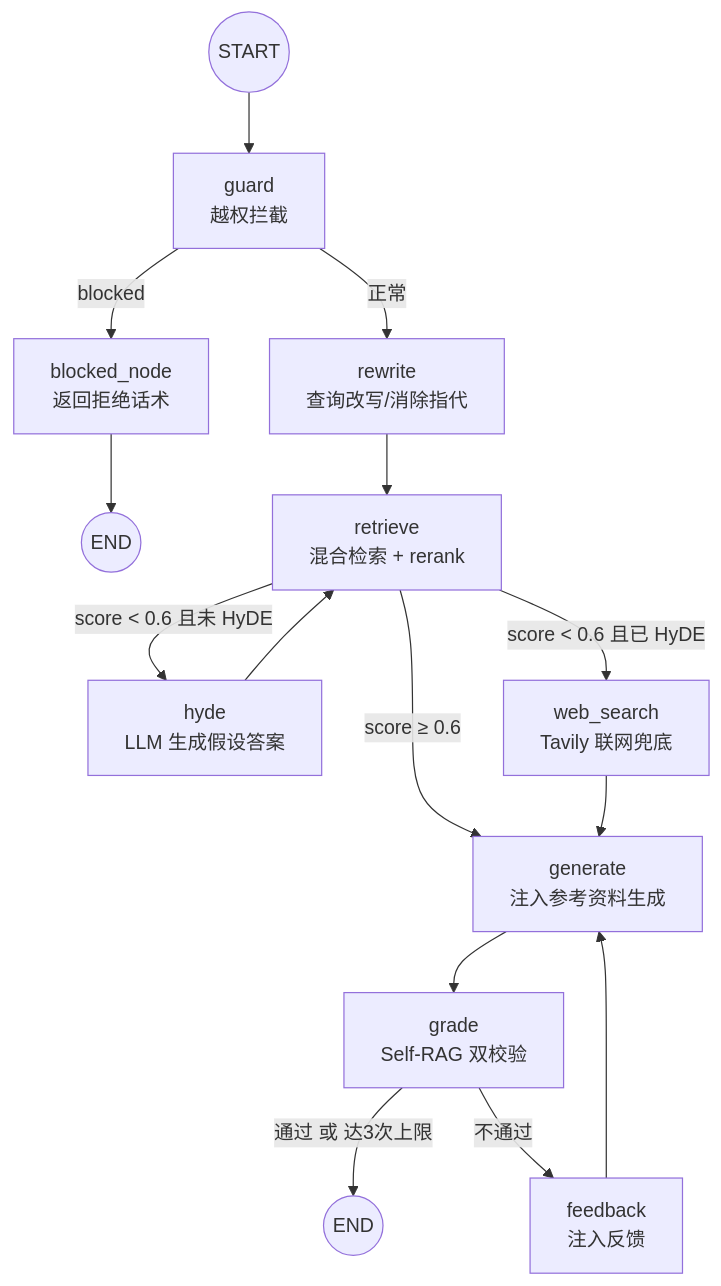
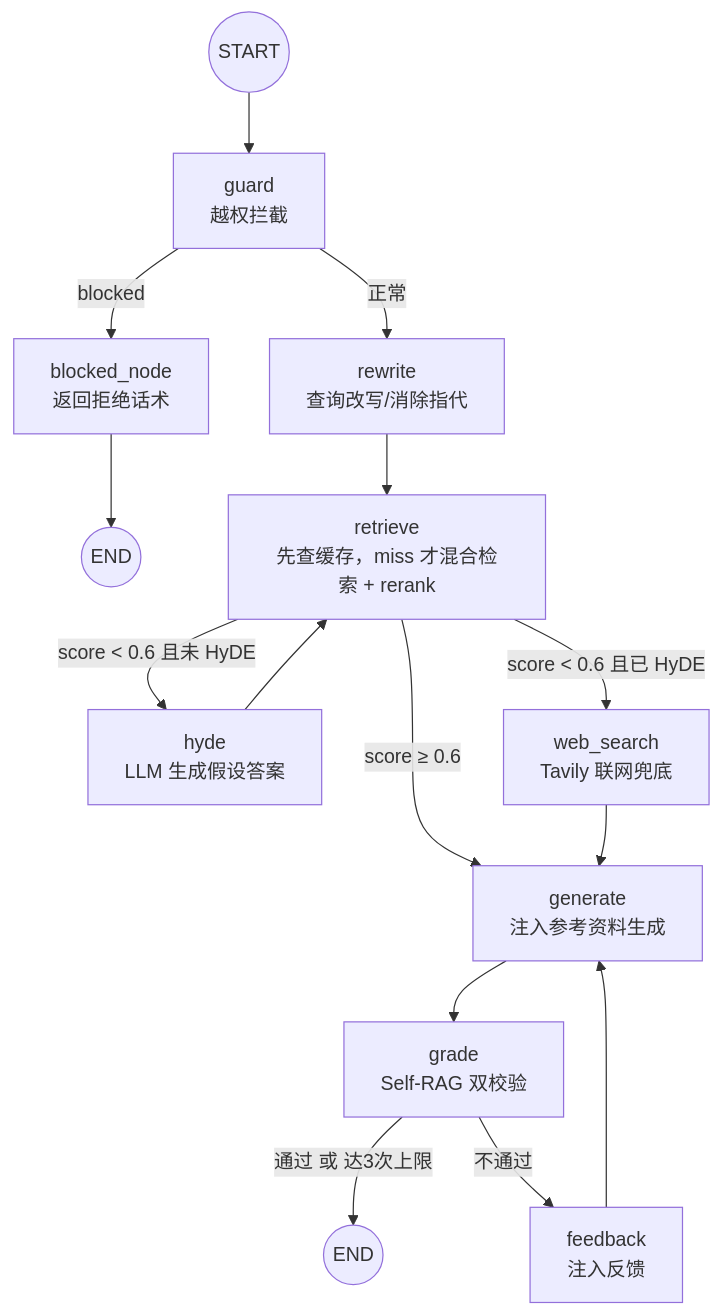
Before and after one commit to ctreyx/doctor-agent: the first of 2 diagrams in README.md, drawn with Mermaid. The commit also changed other lines of this file and 9 other files, not shown here.

````diff
--- a/README.md
+++ b/README.md
@@ -89,18 +94,18 @@
 ```mermaid
 flowchart TD
     START((START)) --> G[guard<br/>越权拦截]
     G -->|blocked| B[blocked_node<br/>返回拒绝话术]
     B --> END1((END))
 
     G -->|正常| R[rewrite<br/>查询改写/消除指代]
-    R --> RET[retrieve<br/>混合检索 + rerank]
+    R --> RET[retrieve<br/>先查缓存，miss 才混合检索 + rerank]
     RET -->|score ≥ 0.6| GEN[generate<br/>注入参考资料生成]
     RET -->|score < 0.6 且未 HyDE| HYDE[hyde<br/>LLM 生成假设答案]
     HYDE --> RET
     RET -->|score < 0.6 且已 HyDE| WEB[web_search<br/>Tavily 联网兜底]
     WEB --> GEN
     GEN --> GRD[grade<br/>Self-RAG 双校验]
     GRD -->|通过 或 达3次上限| END2((END))
     GRD -->|不通过| FB[feedback<br/>注入反馈]
     FB --> GEN
 ```
````
